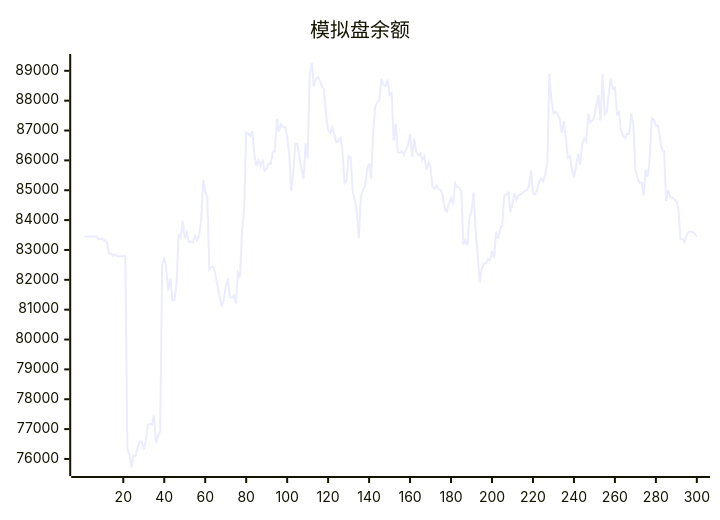
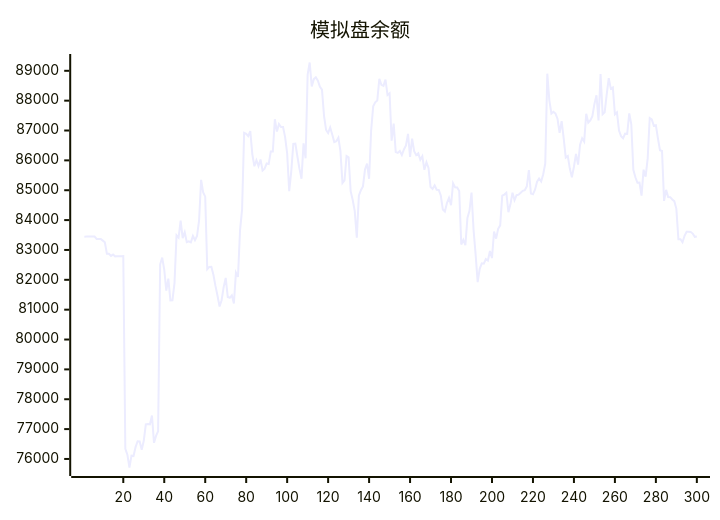
One commit to aahl/ai-trading changed the diagram in README.md. Above: the diagram before and after it, drawn with Mermaid. The commit also changed other lines of this file and 1 other file, not shown here.

````diff
--- a/README.md
+++ b/README.md
@@ -5,5 +5,5 @@
 ```mermaid
 xychart
     title "模拟盘余额"
-    line [83440,83446,83447,83448,83447,83448,83449,83369,83369,83369,83313,83256,82872,82873,82801,82844,82785,82791,82791,82793,82794,76339,76145,75714,76110,76096,76397,76594,76585,76310,76607,77160,77170,77160,77456,76541,76774,76927,82520,82744,82337,81639,82040,81307,81314,81887,83490,83414,83984,83396,83594,83261,83287,83253,83470,83327,83465,83987,85348,84930,84786,82355,82433,82438,82167,81795,81466,81105,81315,81756,82064,81426,81398,81481,81210,82242,82099,83658,84359,86925,86892,86814,86980,86203,85802,86003,85811,86028,85657,85721,85896,85880,86300,86299,87378,86965,87214,87115,87118,86780,86238,84966,85623,86555,86562,86129,85722,85387,86569,86070,88870,89278,88477,88720,88781,88668,88467,88372,87493,87018,86917,87102,86870,86613,86644,86758,86317,85242,85334,86149,86106,84968,84671,84302,83410,84816,85001,85127,85693,85891,85384,87001,87811,87945,88007,88734,88528,88495,88705,88189,88248,86662,87234,86279,86251,86314,86177,86364,86503,86886,86114,86731,86310,86176,86240,86017,86136,85685,85938,85749,85111,85044,85164,85016,85008,84824,84354,84287,84572,84745,84500,85234,85096,85095,84970,83180,83338,83157,84070,84309,84922,83667,82850,81924,82369,82552,82539,82695,82648,82962,82728,83619,83378,83710,83825,84819,84854,84917,84265,84527,84919,84668,84834,84850,84916,84981,85004,85131,85674,84891,84864,85019,85284,85393,85294,85538,85894,88904,88012,87567,87625,87568,87386,86920,87313,86737,86094,86143,85725,85437,85787,86219,85859,86526,86740,86630,87563,87264,87335,87483,87886,88180,87335,88894,87544,87608,88207,88755,88401,88444,87543,87608,87000,86810,86740,86894,86884,87576,87209,85686,85435,85251,85255,84820,85689,85453,86066,87420,87373,87161,87178,86740,86341,86315,84643,85012,84772,84768,84690,84635,84376,83360,83357,83259,83474,83608,83606,83602,83548,83440]
+    line [83446,83447,83448,83447,83448,83449,83369,83369,83369,83313,83256,82872,82873,82801,82844,82785,82791,82791,82793,82794,76339,76145,75714,76110,76096,76397,76594,76585,76310,76607,77160,77170,77160,77456,76541,76774,76927,82520,82744,82337,81639,82040,81307,81314,81887,83490,83414,83984,83396,83594,83261,83287,83253,83470,83327,83465,83987,85348,84930,84786,82355,82433,82438,82167,81795,81466,81105,81315,81756,82064,81426,81398,81481,81210,82242,82099,83658,84359,86925,86892,86814,86980,86203,85802,86003,85811,86028,85657,85721,85896,85880,86300,86299,87378,86965,87214,87115,87118,86780,86238,84966,85623,86555,86562,86129,85722,85387,86569,86070,88870,89278,88477,88720,88781,88668,88467,88372,87493,87018,86917,87102,86870,86613,86644,86758,86317,85242,85334,86149,86106,84968,84671,84302,83410,84816,85001,85127,85693,85891,85384,87001,87811,87945,88007,88734,88528,88495,88705,88189,88248,86662,87234,86279,86251,86314,86177,86364,86503,86886,86114,86731,86310,86176,86240,86017,86136,85685,85938,85749,85111,85044,85164,85016,85008,84824,84354,84287,84572,84745,84500,85234,85096,85095,84970,83180,83338,83157,84070,84309,84922,83667,82850,81924,82369,82552,82539,82695,82648,82962,82728,83619,83378,83710,83825,84819,84854,84917,84265,84527,84919,84668,84834,84850,84916,84981,85004,85131,85674,84891,84864,85019,85284,85393,85294,85538,85894,88904,88012,87567,87625,87568,87386,86920,87313,86737,86094,86143,85725,85437,85787,86219,85859,86526,86740,86630,87563,87264,87335,87483,87886,88180,87335,88894,87544,87608,88207,88755,88401,88444,87543,87608,87000,86810,86740,86894,86884,87576,87209,85686,85435,85251,85255,84820,85689,85453,86066,87420,87373,87161,87178,86740,86341,86315,84643,85012,84772,84768,84690,84635,84376,83360,83357,83259,83474,83608,83606,83602,83548,83440,83454]
 ```
````
